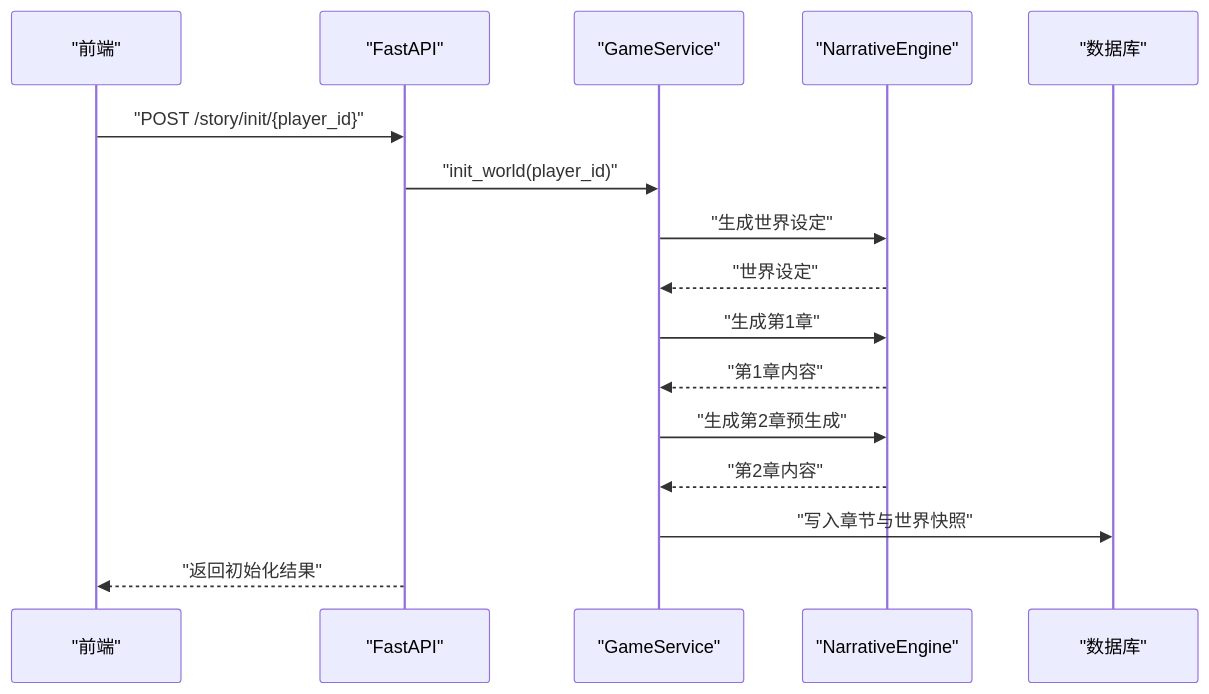
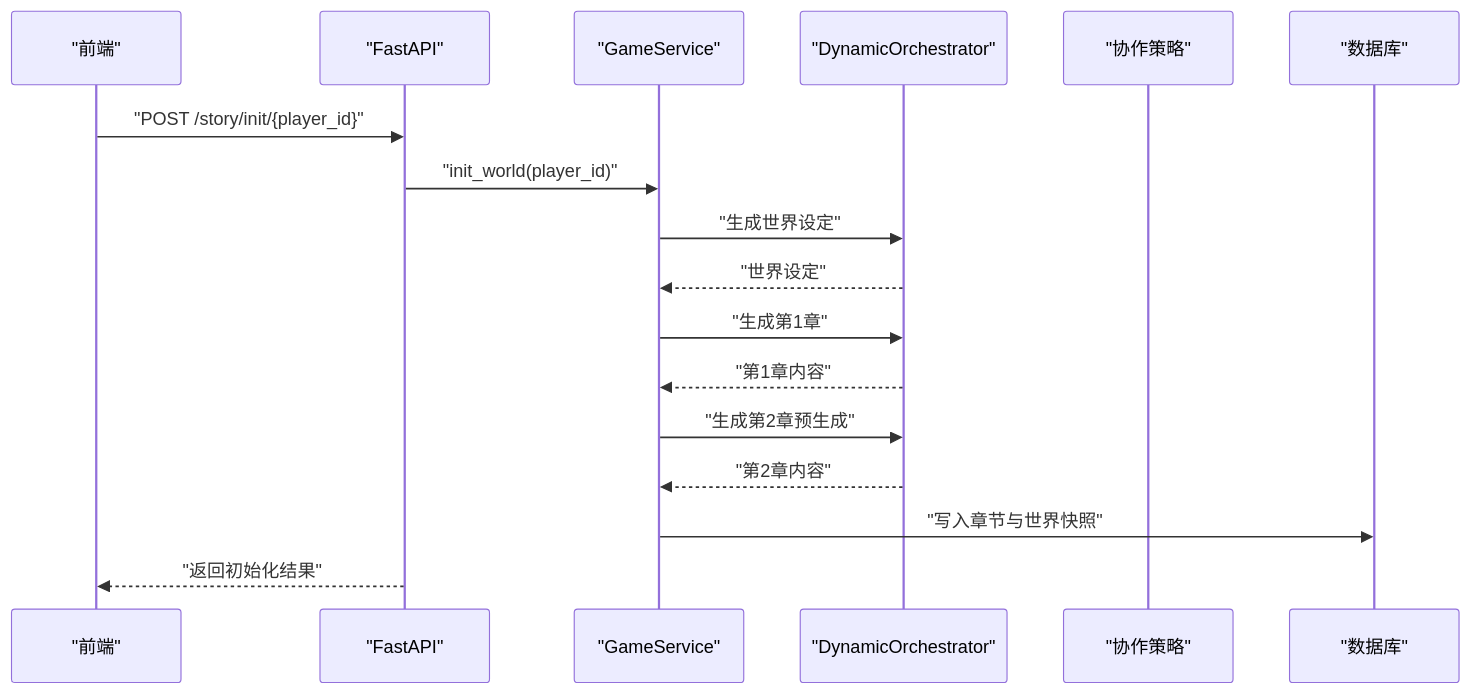
One commit to KunLabAI/KunFlix changed the eighth of 9 diagrams in .qoder/repowiki/zh/content/多智能体叙事引擎/智能体协作机制.md. Above: the diagram before and after it, drawn with Mermaid. The commit also changed other lines of this file and 25 other files, not shown here.

````diff
--- a/.qoder/repowiki/zh/content/多智能体叙事引擎/智能体协作机制.md
+++ b/.qoder/repowiki/zh/content/多智能体叙事引擎/智能体协作机制.md
@@ -239,18 +402,19 @@
 ```mermaid
 sequenceDiagram
 participant FE as "前端"
 participant API as "FastAPI"
 participant GS as "GameService"
-participant NE as "NarrativeEngine"
+participant DORCH as "DynamicOrchestrator"
+participant STRAT as "协作策略"
 participant DB as "数据库"
 FE->>API : "POST /story/init/{player_id}"
 API->>GS : "init_world(player_id)"
-GS->>NE : "生成世界设定"
-NE-->>GS : "世界设定"
-GS->>NE : "生成第1章"
-NE-->>GS : "第1章内容"
-GS->>NE : "生成第2章预生成"
-NE-->>GS : "第2章内容"
+GS->>DORCH : "生成世界设定"
+DORCH-->>GS : "世界设定"
+GS->>DORCH : "生成第1章"
+DORCH-->>GS : "第1章内容"
+GS->>DORCH : "生成第2章预生成"
+DORCH-->>GS : "第2章内容"
 GS->>DB : "写入章节与世界快照"
 API-->>FE : "返回初始化结果"
 ```
````
